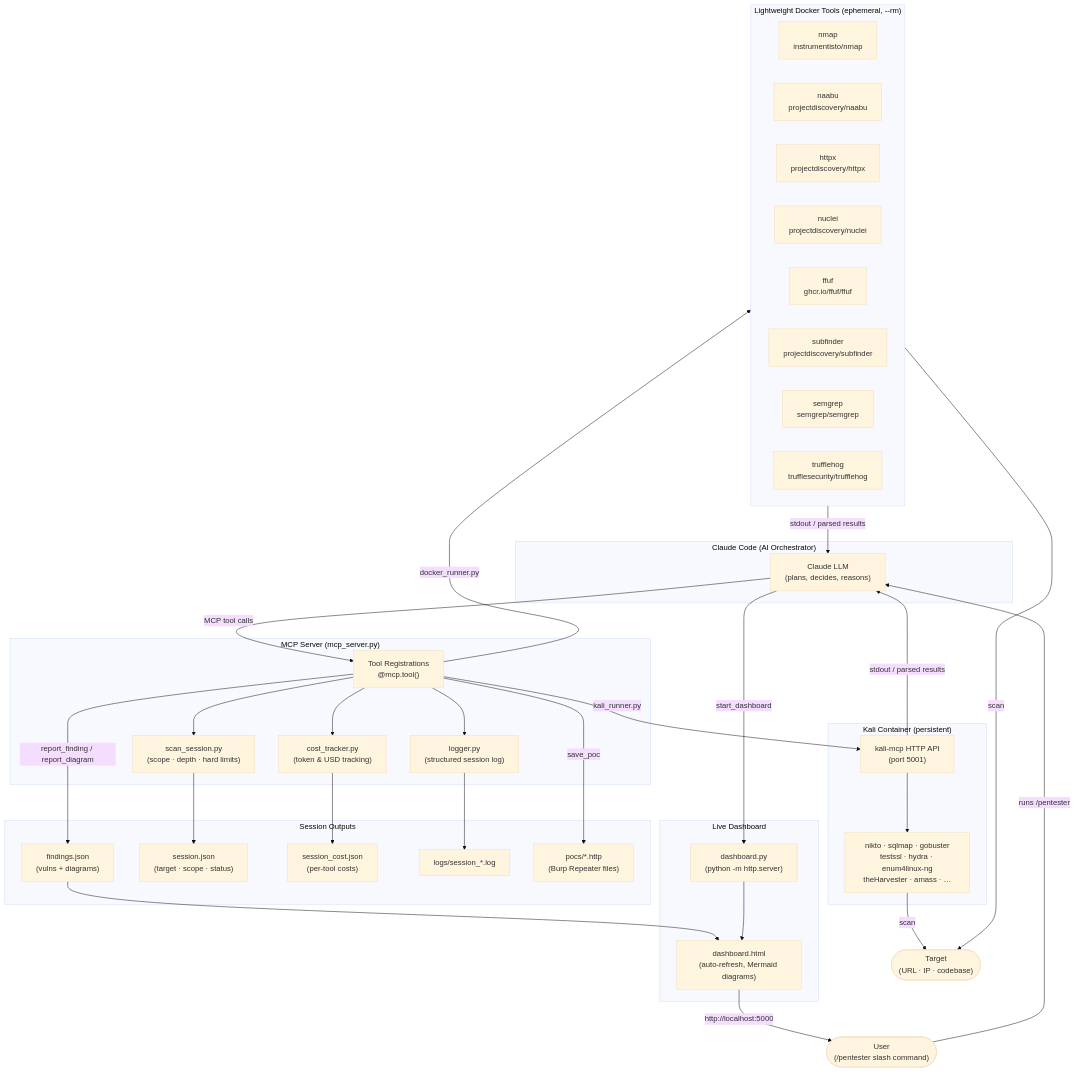
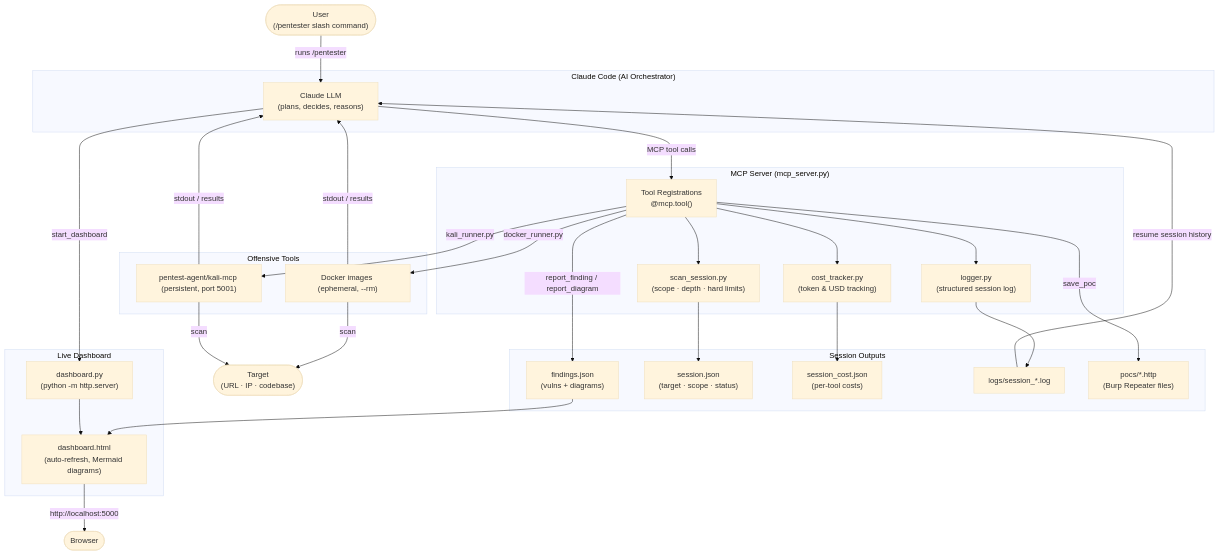
One commit to 0x0pointer/agent-smith changed the diagram in README.md. Above: the diagram before and after it, drawn with Mermaid (base theme).

Commit message:
update architecture diagram (simplified)

````diff
--- a/README.md
+++ b/README.md
@@ -47,68 +47,57 @@
 ```mermaid
 flowchart TD
     User(["User\n(/pentester slash command)"])
 
     subgraph ClaudeCode["Claude Code (AI Orchestrator)"]
         Claude["Claude LLM\n(plans, decides, reasons)"]
     end
 
     subgraph MCP["MCP Server (mcp_server.py)"]
         MCPTools["Tool Registrations\n@mcp.tool()"]
         Session["scan_session.py\n(scope · depth · hard limits)"]
         Cost["cost_tracker.py\n(token & USD tracking)"]
         Logger["logger.py\n(structured session log)"]
     end
 
-    subgraph LightweightDocker["Lightweight Docker Tools (ephemeral, --rm)"]
-        nmap["nmap\ninstrumentisto/nmap"]
-        naabu["naabu\nprojectdiscovery/naabu"]
-        httpx["httpx\nprojectdiscovery/httpx"]
-        nuclei["nuclei\nprojectdiscovery/nuclei"]
-        ffuf["ffuf\nghcr.io/ffuf/ffuf"]
-        subfinder["subfinder\nprojectdiscovery/subfinder"]
-        semgrep["semgrep\nsemgrep/semgrep"]
-        trufflehog["trufflehog\ntrufflesecurity/trufflehog"]
-    end
-
-    subgraph KaliContainer["Kali Container (persistent)"]
-        KaliMCP["kali-mcp HTTP API\n(port 5001)"]
-        KaliTools["nikto · sqlmap · gobuster\ntestssl · hydra · enum4linux-ng\ntheHarvester · amass · …"]
+    subgraph OffensiveContainers["Offensive Tools"]
+        OffensiveImages["Docker images (ephemeral, --rm)"]
+        KaliContainer["pentest-agent/kali-mcp (persistent, port 5001)"]
     end
 
     subgraph Outputs["Session Outputs"]
         FindingsJSON["findings.json\n(vulns + diagrams)"]
         SessionJSON["session.json\n(target · scope · status)"]
         CostJSON["session_cost.json\n(per-tool costs)"]
         Logs["logs/session_*.log"]
         POCs["pocs/*.http\n(Burp Repeater files)"]
     end
 
     subgraph Dashboard["Live Dashboard"]
         DashServer["dashboard.py\n(python -m http.server)"]
         DashHTML["dashboard.html\n(auto-refresh, Mermaid diagrams)"]
     end
 
     Target(["Target\n(URL · IP · codebase)"])
 
     User -->|"runs /pentester"| Claude
     Claude -->|"MCP tool calls"| MCPTools
     MCPTools --> Session
     MCPTools --> Cost
     MCPTools --> Logger
-    MCPTools -->|"docker_runner.py"| LightweightDocker
-    MCPTools -->|"kali_runner.py"| KaliMCP
-    KaliMCP --> KaliTools
-    LightweightDocker -->|"scan"| Target
-    KaliTools -->|"scan"| Target
-    LightweightDocker -->|"stdout / parsed results"| Claude
-    KaliMCP -->|"stdout / parsed results"| Claude
+    MCPTools -->|"docker_runner.py"| OffensiveImages
+    MCPTools -->|"kali_runner.py"| KaliContainer
+    OffensiveImages -->|"scan"| Target
+    KaliContainer -->|"scan"| Target
+    OffensiveImages -->|"stdout / results"| Claude
+    KaliContainer -->|"stdout / results"| Claude
     MCPTools -->|"report_finding / report_diagram"| FindingsJSON
     MCPTools -->|"save_poc"| POCs
     Session --> SessionJSON
     Cost --> CostJSON
     Logger --> Logs
+    Logs -->|"resume session history"| Claude
     FindingsJSON --> DashHTML
     DashServer --> DashHTML
     Claude -->|"start_dashboard"| DashServer
-    DashHTML -->|"http://localhost:5000"| User
+    DashHTML -->|"http://localhost:5000"| Browser(["Browser"])
 ```
````
